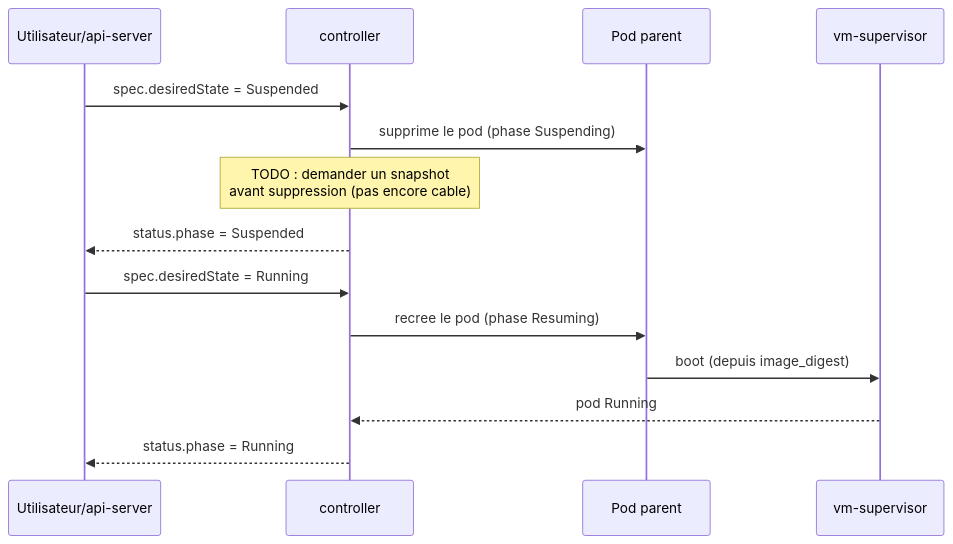
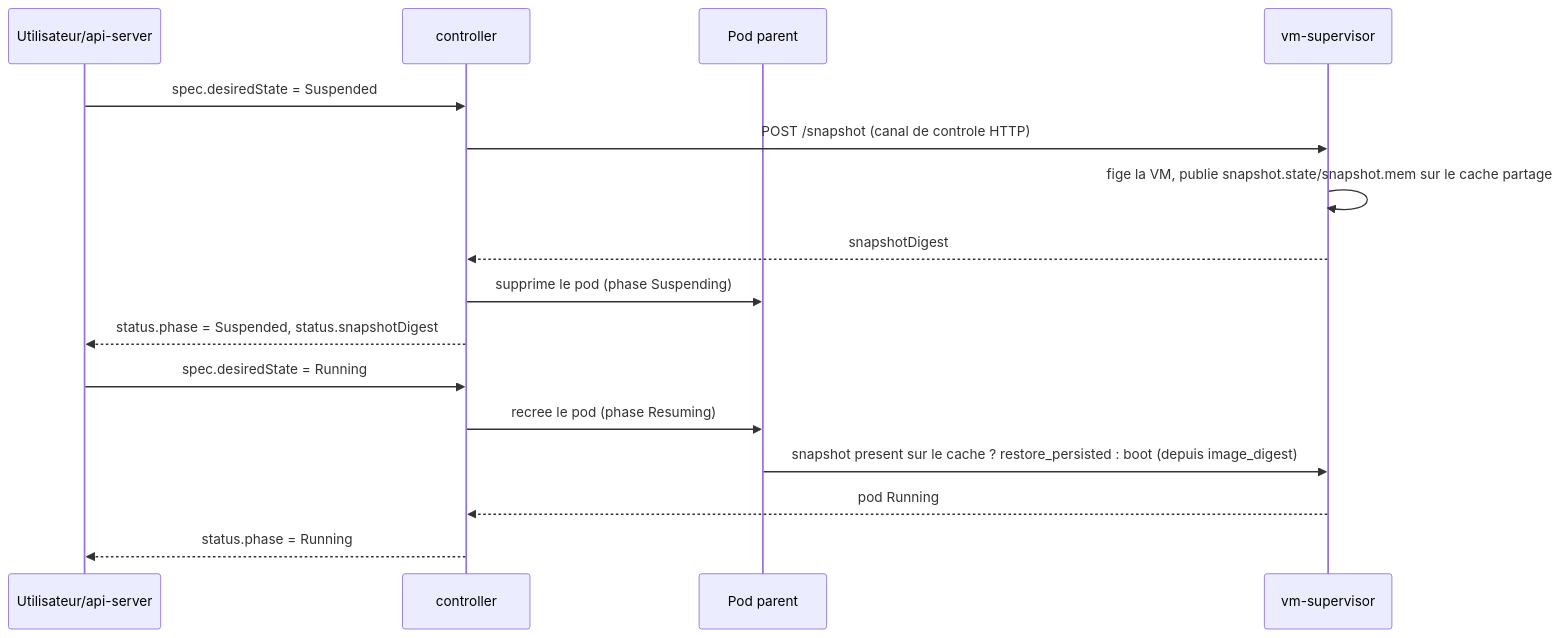
One commit to PhilippeVienne/atelier changed the diagram in docs/architecture/snapshot-restore.md. Above: the diagram before and after it, drawn with Mermaid. The commit also changed other lines of this file and 16 other files, not shown here.

````diff
--- a/docs/architecture/snapshot-restore.md
+++ b/docs/architecture/snapshot-restore.md
@@ -14,18 +14,20 @@
 ```mermaid
 sequenceDiagram
     participant U as Utilisateur/api-server
     participant C as controller
     participant P as Pod parent
     participant VM as vm-supervisor
 
     U->>C: spec.desiredState = Suspended
+    C->>VM: POST /snapshot (canal de controle HTTP)
+    VM->>VM: fige la VM, publie snapshot.state/snapshot.mem sur le cache partage
+    VM-->>C: snapshotDigest
     C->>P: supprime le pod (phase Suspending)
-    Note over C: TODO : demander un snapshot<br/>avant suppression (pas encore cable)
-    C-->>U: status.phase = Suspended
+    C-->>U: status.phase = Suspended, status.snapshotDigest
 
     U->>C: spec.desiredState = Running
     C->>P: recree le pod (phase Resuming)
-    P->>VM: boot (depuis image_digest)
+    P->>VM: snapshot present sur le cache ? restore_persisted : boot (depuis image_digest)
     VM-->>C: pod Running
     C-->>U: status.phase = Running
 ```
````
